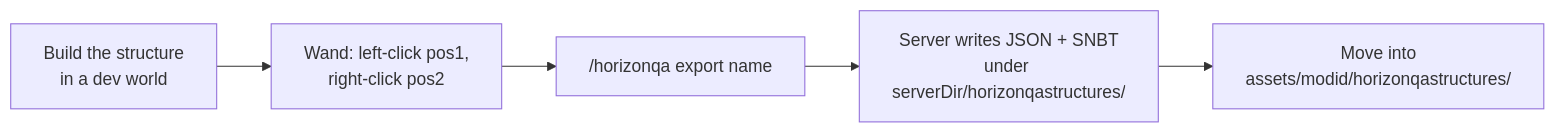
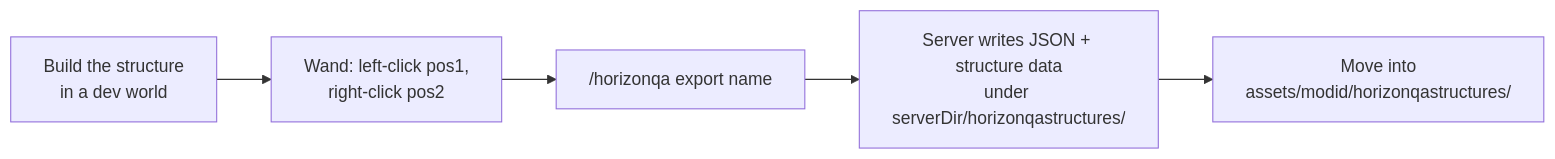
One commit to GTNewHorizons/Horizon-QA changed the diagram in docs/guide/structures.md. Above: the diagram before and after it, drawn with Mermaid. The commit also changed other lines of this file and 9 other files, not shown here.

Commit message:
Add binary NBT fallback for structure exports when SNBT is not lossless

````diff
--- a/docs/guide/structures.md
+++ b/docs/guide/structures.md
@@ -41,7 +43,7 @@
 ```mermaid
 flowchart LR
     A[Build the structure<br/>in a dev world] --> B[Wand: left-click pos1,<br/>right-click pos2]
     B --> C["/horizonqa export name"]
-    C --> D[Server writes JSON + SNBT<br/>under serverDir/horizonqastructures/]
+    C --> D[Server writes JSON + structure data<br/>under serverDir/horizonqastructures/]
     D --> E[Move into<br/>assets/modid/horizonqastructures/]
 ```
````
